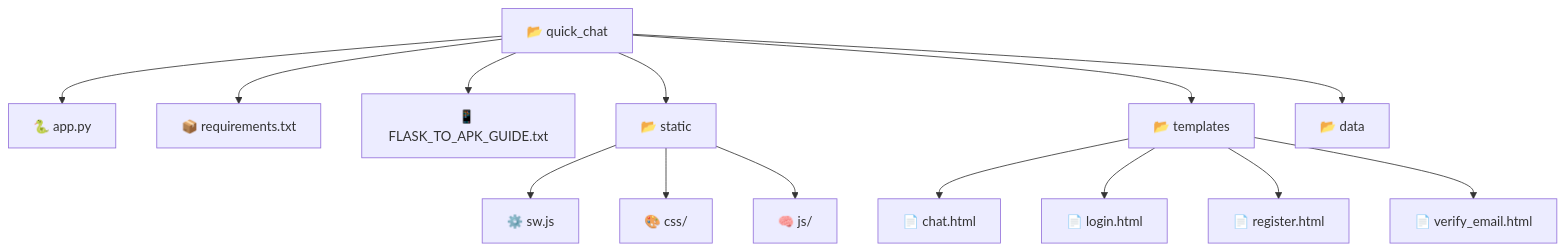
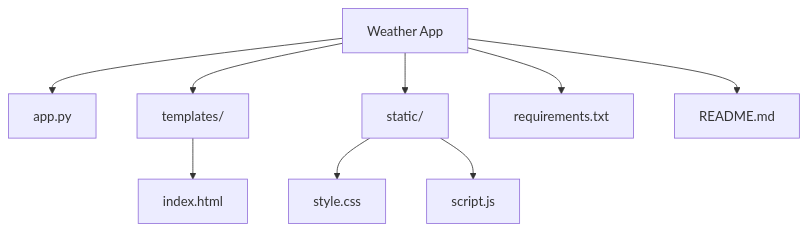
Before and after one commit to Sourabhdhara/Weather-App: the diagram in README.md, drawn with Mermaid. The commit also changed other lines of this file, not shown here.

````diff
--- a/README.md
+++ b/README.md
@@ -103,16 +90,11 @@
 ```mermaid
 graph TD;
-    A[📂 quick_chat] --> B[🐍 app.py];
-    A --> C[📦 requirements.txt];
-    A --> D[📱 FLASK_TO_APK_GUIDE.txt];
-    A --> E[📂 static];
-    A --> F[📂 templates];
-    A --> G[📂 data];
-    E --> E1[⚙️ sw.js];
-    E --> E2[🎨 css/];
-    E --> E3[🧠 js/];
-    F --> F1[📄 chat.html];
-    F --> F2[📄 login.html];
-    F --> F3[📄 register.html];
-    F --> F4[📄 verify_email.html];
+  A[Weather App] --> B[app.py];
+  A --> C[templates/];
+  C --> D[index.html];
+  A --> E[static/];
+  E --> F[style.css];
+  E --> G[script.js];
+  A --> H[requirements.txt];
+  A --> I[README.md];
 ```
````
